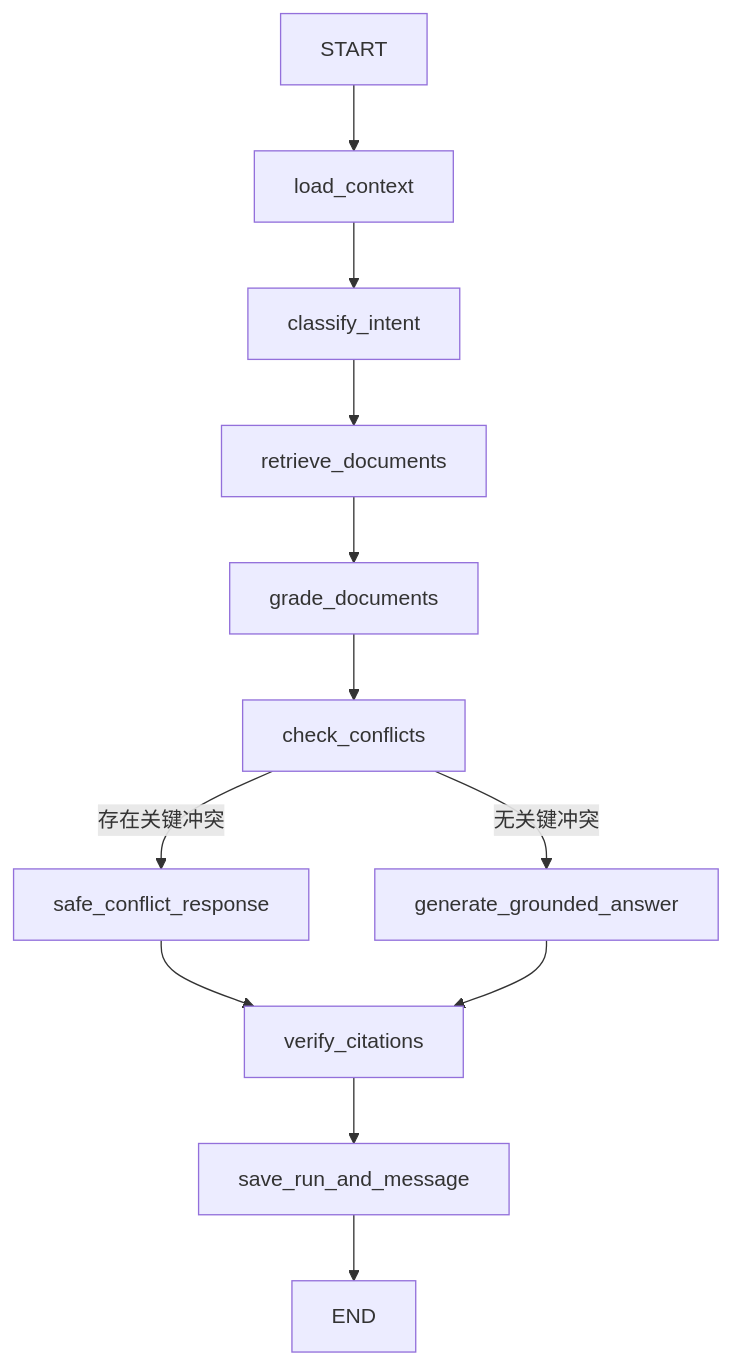
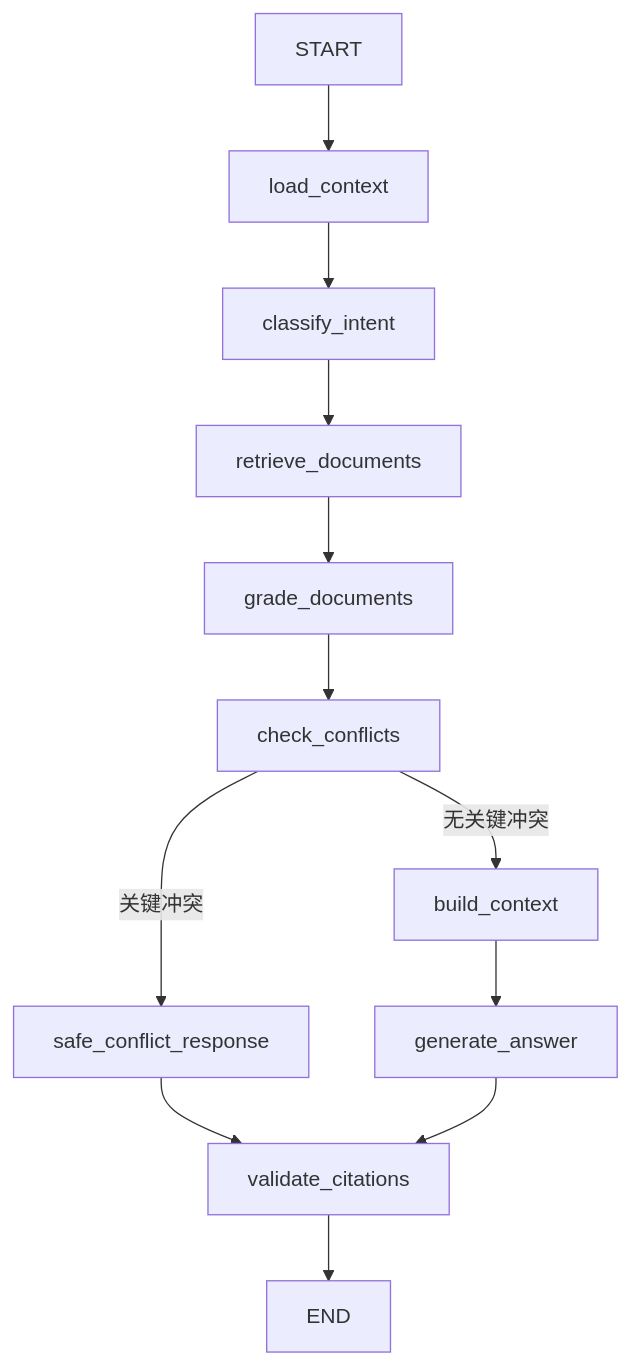
The second of 3 diagrams in README.md (BennuRa/living-rag), drawn with Mermaid before and after one commit. The commit also changed other lines of this file and 19 other files, not shown here.

````diff
--- a/README.md
+++ b/README.md
@@ -72,14 +54,14 @@
 ```mermaid
 flowchart TD
     Start["START"] --> Load["load_context"]
     Load --> Intent["classify_intent"]
     Intent --> Retrieve["retrieve_documents"]
     Retrieve --> Grade["grade_documents"]
     Grade --> Conflict["check_conflicts"]
-    Conflict -->|存在关键冲突| Safe["safe_conflict_response"]
-    Conflict -->|无关键冲突| Generate["generate_grounded_answer"]
-    Safe --> Verify["verify_citations"]
-    Generate --> Verify
-    Verify --> Save["save_run_and_message"]
-    Save --> End["END"]
+    Conflict -->|"关键冲突"| Safe["safe_conflict_response"]
+    Conflict -->|"无关键冲突"| Context["build_context"]
+    Context --> Generate["generate_answer"]
+    Safe --> Validate["validate_citations"]
+    Generate --> Validate
+    Validate --> End["END"]
 ```
````
